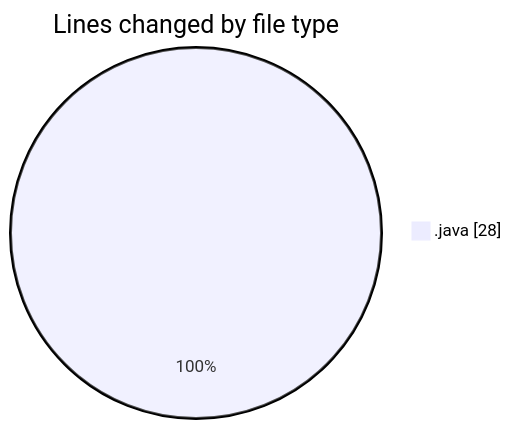
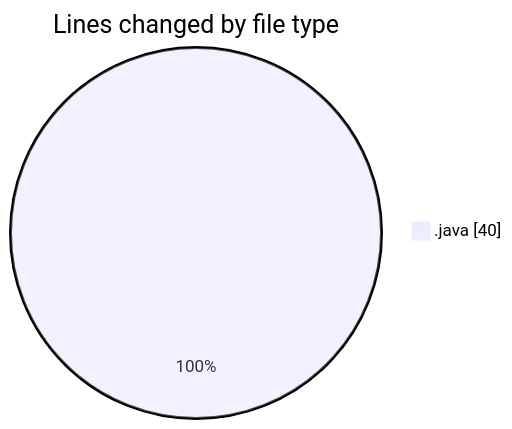
The first of 2 diagrams in 2025-02-12/oopstartfiles/README.md (NitaiMahat/code-tracking), drawn with Mermaid before and after one commit. The commit also changed other lines of this file and 1 other file, not shown here.

````diff
--- a/2025-02-12/oopstartfiles/README.md
+++ b/2025-02-12/oopstartfiles/README.md
@@ -20,5 +20,5 @@
 ```mermaid
 pie showData
 title Lines changed by file type
-".java" : 28
+".java" : 40
 ```
````
